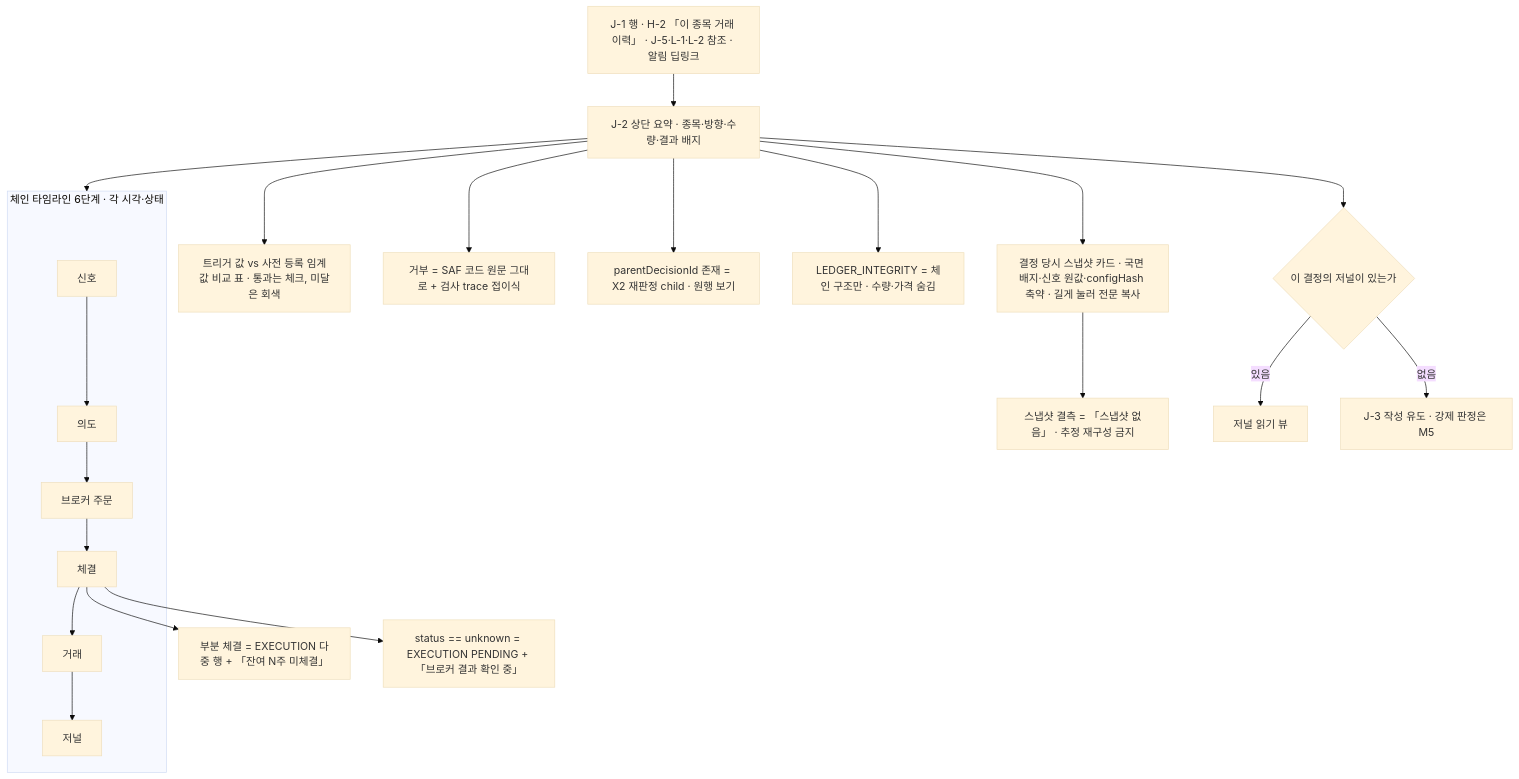
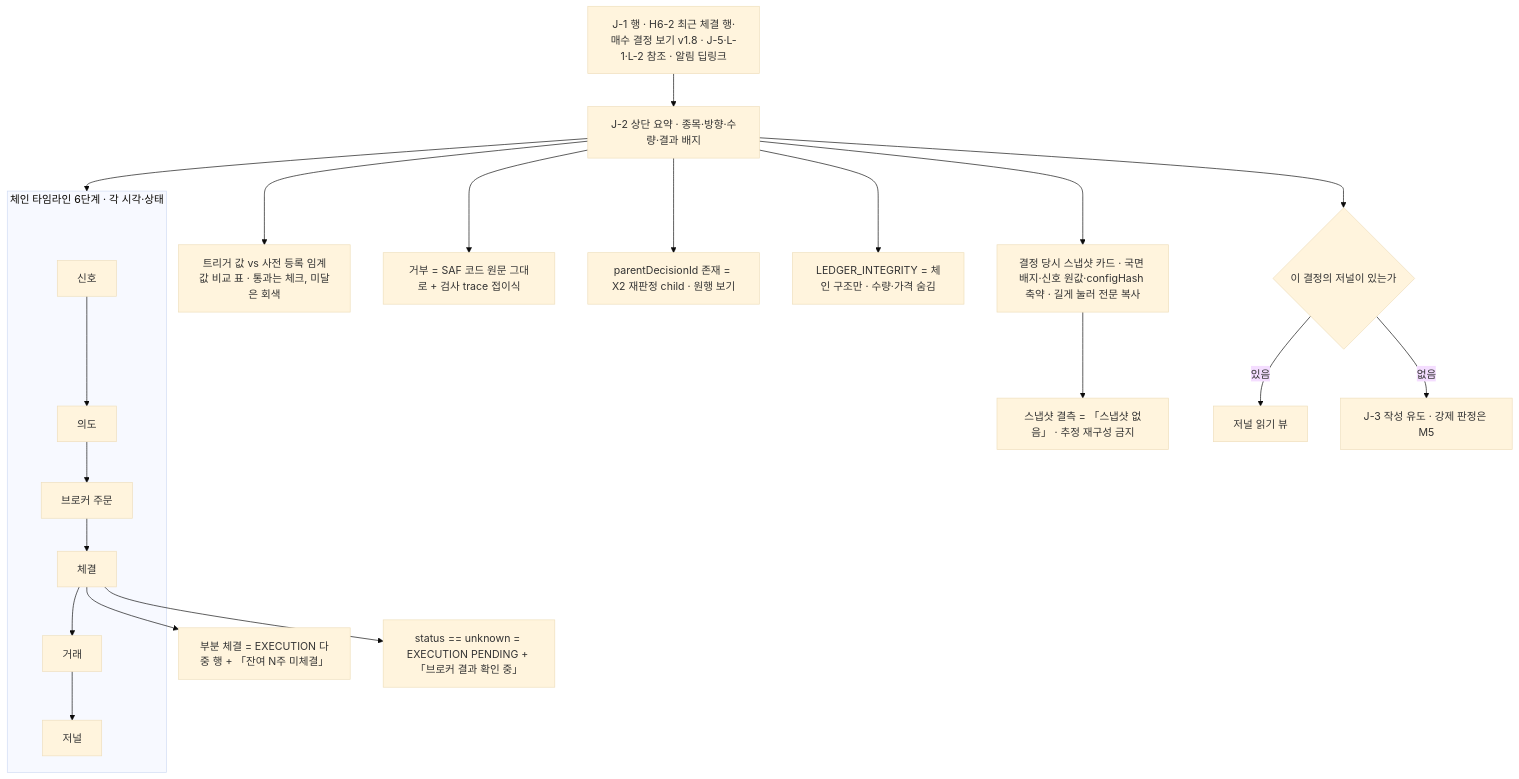
The tenth of 27 diagrams in docs/ai-context/02_화면명세_M6_매매일지_보유현황.md (billybeom/AutoAlphaQuant), drawn with Mermaid (base theme) before and after one commit. The commit also changed other lines of this file and 17 other files, not shown here.

````diff
--- a/docs/ai-context/02_화면명세_M6_매매일지_보유현황.md
+++ b/docs/ai-context/02_화면명세_M6_매매일지_보유현황.md
@@ -607,42 +610,42 @@
 ```mermaid
 flowchart TD
-  IN["J-1 행 · H-2 「이 종목 거래 이력」 · J-5·L-1·L-2 참조 · 알림 딥링크"]
+  IN["J-1 행 · H6-2 최근 체결 행·매수 결정 보기 v1.8 · J-5·L-1·L-2 참조 · 알림 딥링크"]
   J2["J-2 상단 요약 · 종목·방향·수량·결과 배지"]
   subgraph CHAIN["체인 타임라인 6단계 · 각 시각·상태"]
     C1["신호"]
     C2["의도"]
     C3["브로커 주문"]
     C4["체결"]
     C5["거래"]
     C6["저널"]
     C1 --> C2
     C2 --> C3
     C3 --> C4
     C4 --> C5
     C5 --> C6
   end
   SNAP["결정 당시 스냅샷 카드 · 국면 배지·신호 원값·configHash 축약 · 길게 눌러 전문 복사"]
   CMP["트리거 값 vs 사전 등록 임계값 비교 표 · 통과는 체크, 미달은 회색"]
   PART["부분 체결 = EXECUTION 다중 행 + 「잔여 N주 미체결」"]
   UNK["status == unknown = EXECUTION PENDING + 「브로커 결과 확인 중」"]
   SAF["거부 = SAF 코드 원문 그대로 + 검사 trace 접이식"]
   NOSNAP["스냅샷 결측 = 「스냅샷 없음」 · 추정 재구성 금지"]
   CHILD["parentDecisionId 존재 = X2 재판정 child · 원행 보기"]
   JLINK{"이 결정의 저널이 있는가"}
   JV["저널 읽기 뷰"]
   J3["J-3 작성 유도 · 강제 판정은 M5"]
   STRUCT["LEDGER_INTEGRITY = 체인 구조만 · 수량·가격 숨김"]
   IN --> J2
   J2 --> CHAIN
   J2 --> SNAP
   J2 --> CMP
   C4 --> PART
   C4 --> UNK
   J2 --> SAF
   SNAP --> NOSNAP
   J2 --> CHILD
   J2 --> JLINK
   JLINK -->|"있음"| JV
   JLINK -->|"없음"| J3
   J2 --> STRUCT
 ```
````
